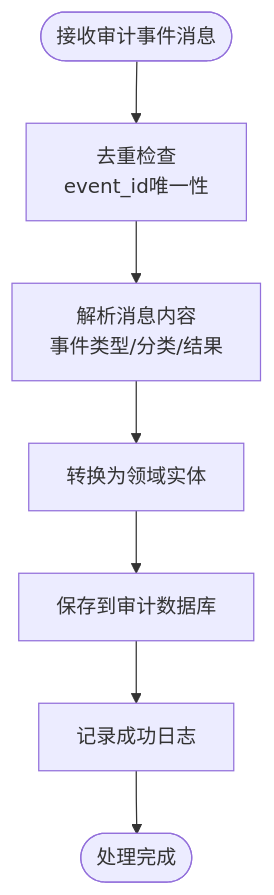
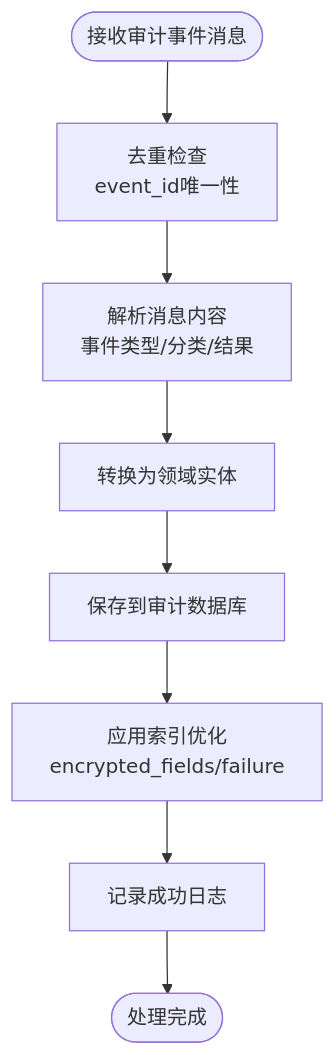
Before and after one commit to fq0121104930716/iam-platform: the third of 6 diagrams in .qoder/repowiki/zh/content/项目概述/项目结构/管理服务器 (iam-admin-server)/审计日志系统.md, drawn with Mermaid. The commit also changed other lines of this file and 46 other files, not shown here.

````diff
--- a/.qoder/repowiki/zh/content/项目概述/项目结构/管理服务器 (iam-admin-server)/审计日志系统.md
+++ b/.qoder/repowiki/zh/content/项目概述/项目结构/管理服务器 (iam-admin-server)/审计日志系统.md
@@ -215,9 +218,10 @@
 ```mermaid
 flowchart TD
 Start(["接收审计事件消息"]) --> Dedup["去重检查<br/>event_id唯一性"]
 Dedup --> ParseMsg["解析消息内容<br/>事件类型/分类/结果"]
 ParseMsg --> ConvertEntity["转换为领域实体"]
 ConvertEntity --> SaveDB["保存到审计数据库"]
-SaveDB --> LogSuccess["记录成功日志"]
+SaveDB --> IndexOptimization["应用索引优化<br/>encrypted_fields/failure"]
+IndexOptimization --> LogSuccess["记录成功日志"]
 LogSuccess --> End(["处理完成"])
 ```
````
